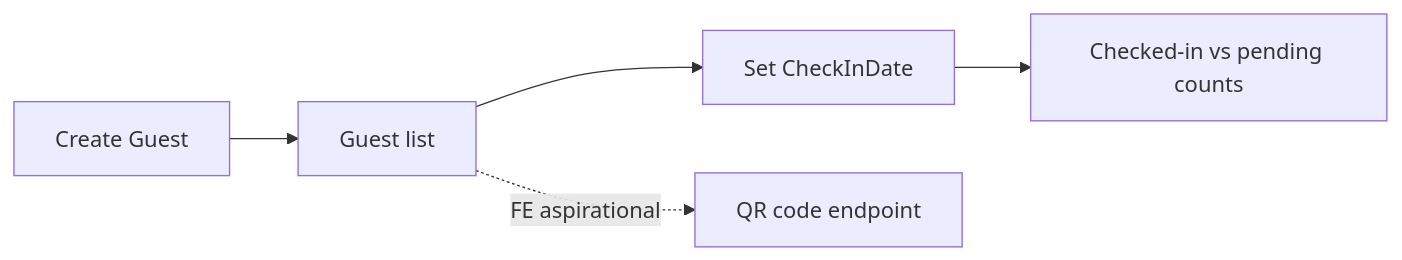
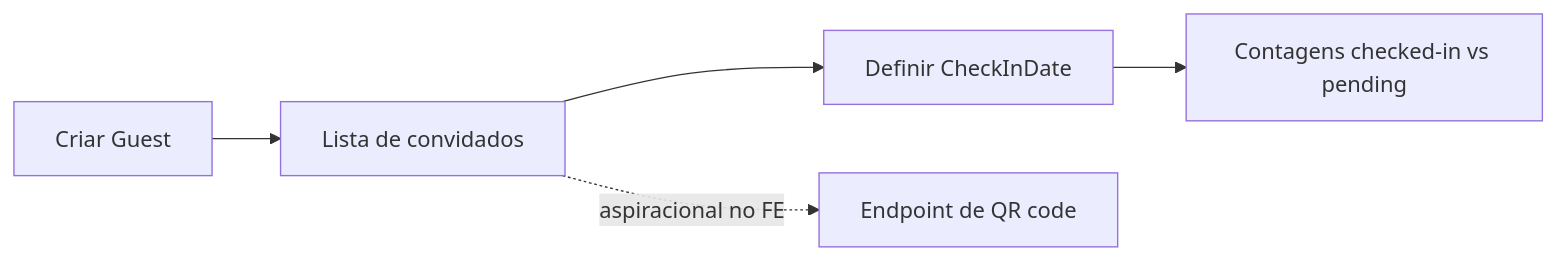
The fifth of 6 diagrams in pulse8-frontend/PRODUCT_STRATEGY_ANALYSIS.md (alexandredebritojr/Pulse8Front), drawn with Mermaid before and after one commit. The commit also changed other lines of this file, not shown here.

````diff
--- a/pulse8-frontend/PRODUCT_STRATEGY_ANALYSIS.md
+++ b/pulse8-frontend/PRODUCT_STRATEGY_ANALYSIS.md
@@ -340,7 +340,7 @@
 ```mermaid
 flowchart LR
-  A[Create Guest] --> B[Guest list]
-  B --> C[Set CheckInDate]
-  C --> D[Checked-in vs pending counts]
-  B -.FE aspirational.-> Q[QR code endpoint]
+  A[Criar Guest] --> B[Lista de convidados]
+  B --> C[Definir CheckInDate]
+  C --> D[Contagens checked-in vs pending]
+  B -.aspiracional no FE.-> Q[Endpoint de QR code]
 ```
````
